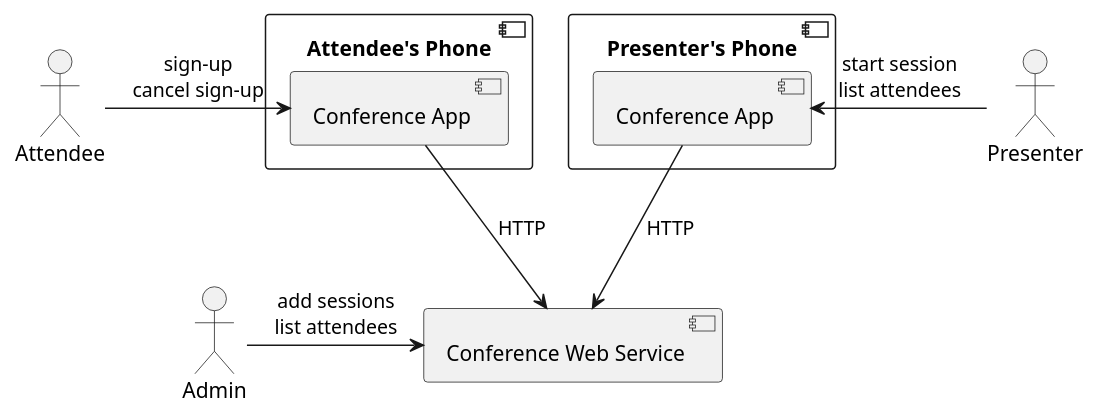
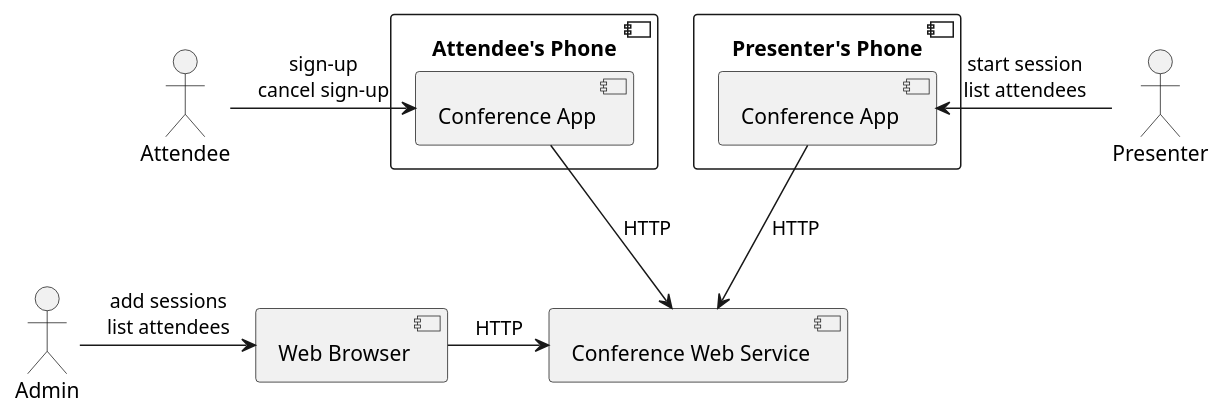
One commit to npryce/learn-you-a-kotlin changed the first of 3 diagrams in INSTRUCTIONS.part4.md. Above: the diagram before and after it, drawn with PlantUML.

````diff
--- a/INSTRUCTIONS.part4.md
+++ b/INSTRUCTIONS.part4.md
@@ -24,22 +24,24 @@
 ```plantuml
 :Attendee: as a
 :Presenter: as p
 :Admin: as b
 
 component "Attendee's Phone" as aPhone {
     component [Conference App] as aApp
 }
 component "Presenter's Phone" as pPhone {
     component [Conference App] as pApp
 }
+component "Web Browser" as bBrowser
+component "Conference Web Service" as webService
 
 a -right-> aApp : "sign-up\ncancel sign-up"
+aApp -down-> webService : HTTP
+
 p -left-> pApp : "start session\nlist attendees"
-
-component "Conference Web Service" as webService
-aApp -down-> webService : HTTP
 pApp -down-> webService : HTTP
 
-b -right-> webService : "add sessions\nlist attendees"
+b -right-> bBrowser : "add sessions\nlist attendees"
+bBrowser -right-> webService : HTTP
 
 ```
````
